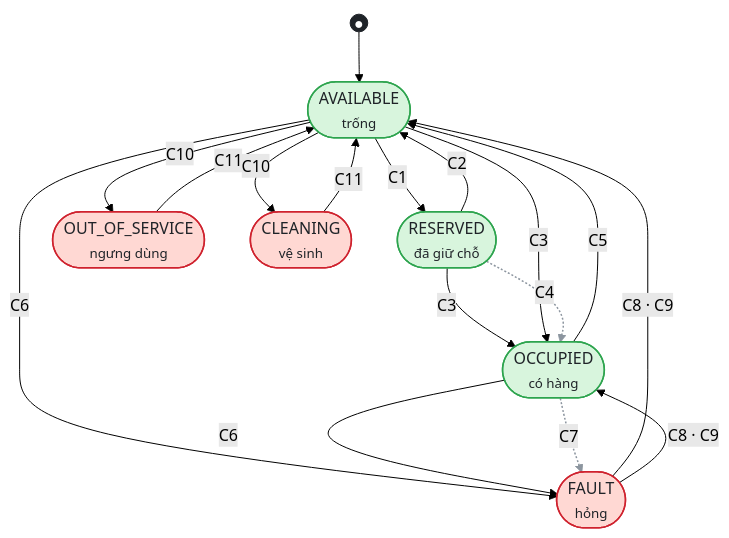
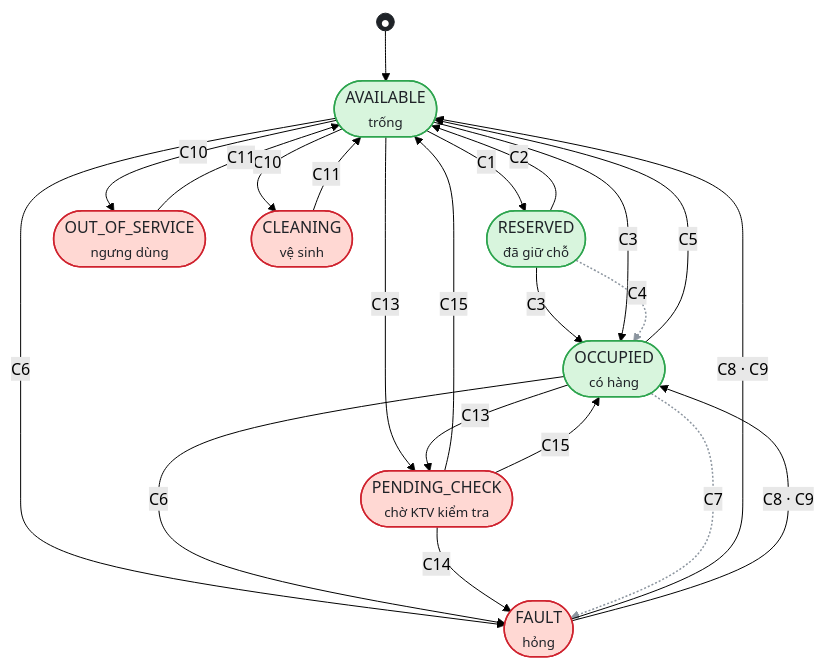
The diagram in diagrams/src/locker-cell-status.mmd (LockR-Tech/docs), drawn with Mermaid (forest theme) before and after one commit. The commit also changed 4 other files, not shown here.

First line of the commit message:
docs(diagrams): thêm trạng thái ô PENDING_CHECK và phiếu REJECTED

```diff
--- a/diagrams/src/locker-cell-status.mmd
+++ b/diagrams/src/locker-cell-status.mmd
@@ -1,46 +1,54 @@
 %% @title Trạng thái Ô tủ — locker_boxes.status
-%% @subtitle Nguồn: <code>locker-service/…/model/LockerBox.java</code> · <code>LockerService.java</code> · <code>iot-service/…/IotService.java</code> — Luồng 2 &amp; 3 — rà soát 2026-09-13, cập nhật 2026-10-22 (báo hỏng ô chỉ KTV tủ · ADMIN · chủ đơn)
+%% @subtitle Nguồn: <code>locker-service/…/model/LockerBox.java</code> · <code>LockerService.java</code> · <code>iot-service/…/IotService.java</code> — Luồng 2 &amp; 3 — rà soát 2026-09-13, cập nhật 2026-10-24 (khách báo ⇒ PENDING_CHECK chờ KTV kiểm tra; KTV xác nhận ⇒ FAULT hoặc từ chối phiếu)
 %% @orientation portrait
 %% @legend <span class="sw ok"></span>Vòng đời thuê/gửi
 %% @legend <span class="sw bad"></span>Lỗi / bảo trì
 %% @legend <b>━</b> đã code &nbsp;<b style="color:#8c959f">┅</b> CHƯA code &nbsp;<b style="color:#cf222e">━</b> lỗ hổng
 %% @row C1 | AVAILABLE → RESERVED | <code>reserveBox</code> khi tạo đơn (nội bộ order→locker) | hệ thống | tủ MAINTENANCE/INACTIVE bị từ chối (<code>LOCKER_NOT_ACTIVE</code>); ô DRONE chỉ giữ được với channel=DRONE; <code>reservedUntil</code> = +24h; đồng bộ xuống tủ qua MQTT
 %% @row C2 | RESERVED → AVAILABLE | quét TTL mỗi giờ · huỷ đơn | hệ thống | quét TTL không báo tủ; <b>có thể nhả ô của đơn drone còn chờ điều phối &gt; 24h</b>
 %% @row C3 | AVAILABLE · RESERVED → OCCUPIED | <code>occupyBox</code> khi đơn được xác nhận bỏ hàng (app hoặc kiosk) | chủ đơn · người gửi tại tủ | lỗi bị nuốt (best-effort); drone gửi hàng <b>không</b> set OCCUPIED
 %% @row ~C4 | RESERVED → OCCUPIED · OCCUPIED → AVAILABLE | cảm biến cửa / kết quả mở tủ từ phần cứng | iot-service | CHƯA CÓ: trạng thái phần cứng được lưu nhưng không điều khiển vòng đời ô/đơn
 %% @row C5 | OCCUPIED → AVAILABLE | <code>releaseBox</code> khi đơn COMPLETED · EXPIRED · CANCELED | hệ thống | ô đang FAULT / OUT_OF_SERVICE / CLEANING thì giữ nguyên; ô FAULT thì quên trạng thái đơn đã nhớ (sửa xong về AVAILABLE)
-%% @row C6 | mọi → FAULT | <code>POST /api/boxes/{id}/fault</code> · <code>POST /api/orders/{id}/report-box-fault</code> | LOCKER_TECHNICIAN · ADMIN · chủ đơn (ô của đơn mình) | nhớ trạng thái trước khi hỏng (<code>pre_fault_status</code>); ô đã có phiếu mở ⇒ gộp vào phiếu đó; phiếu định tuyến cho KTV phụ trách tủ. Từ 22/10 khách không báo thẳng ô bất kỳ nữa (SEC-06)
+%% @row C6 | mọi → FAULT | <code>…/boxes/{id}/fault</code> · kiểm tra định kỳ · tủ báo kẹt | KTV tủ · ADMIN · hệ thống | nhớ <code>pre_fault_status</code>; gộp phiếu mở; đơn trong ô bị khoá mở bằng mã, phí dừng từ lúc báo
+%% @row C13 | → PENDING_CHECK | khách báo qua đơn / màn tủ | khách | không cấp đơn mới; chủ đồ vẫn mở bằng mã, phí dừng từ lúc báo; người khác báo thì đơn không bị đụng
+%% @row C14 | PENDING_CHECK → FAULT | KTV khoá ô khi xử lý · KTV/admin báo hỏng | KTV · ADMIN | đơn trong ô bị khoá mở bằng mã
+%% @row C15 | PENDING_CHECK → trước khi báo | KTV từ chối phiếu (<code>…/reject</code>, REJECTED) · sửa tại chỗ · quá <code>pending-check-hold-hours</code> | KTV · ADMIN · hệ thống | đơn lấy đồ được, bù thời gian chờ; tự gỡ thì phiếu vẫn mở
 %% @row ~C7 | mọi → FAULT | mở tủ FAILED/JAMMED · heartbeat mất | iot-service | CHƯA CÓ tự động báo hỏng — hiện chỉ ghi access log
-%% @row C8 | FAULT → trạng thái trước khi hỏng | hoàn tất phiếu (<code>resolve</code>, KTV hoặc admin) | KTV được giao · ADMIN | về AVAILABLE / RESERVED / OCCUPIED như lúc báo hỏng; còn phiếu mở khác của ô thì giữ FAULT
+%% @row C8 | FAULT · PENDING_CHECK → trạng thái trước khi hỏng | hoàn tất phiếu (<code>resolve</code>, KTV hoặc admin) | KTV được giao · ADMIN | về AVAILABLE / RESERVED / OCCUPIED như lúc báo hỏng; còn phiếu mở khác của ô thì giữ nguyên
 %% @row C9 | FAULT → trạng thái trước khi hỏng | <code>…/clear-fault</code> | LOCKER_TECHNICIAN · ADMIN | chỉ từ FAULT (409 <code>BOX_NOT_FAULT</code>); ô có phiếu mở ⇒ đi qua hoàn tất phiếu (chỉ người được giao, áp luật ảnh nghiệm thu)
 %% @row C10 | AVAILABLE → OUT_OF_SERVICE · CLEANING | <code>…/out-of-service</code> · <code>…/cleaning</code> | LOCKER_TECHNICIAN · ADMIN | cấm khi RESERVED/OCCUPIED và khi FAULT (409 <code>BOX_IN_FAULT</code>)
 %% @row C11 | OUT_OF_SERVICE · CLEANING → AVAILABLE | <code>…/return-to-service</code> | LOCKER_TECHNICIAN · ADMIN | không đồng bộ trạng thái xuống tủ
 %% @row xC12 | mọi → chuỗi bất kỳ | <code>updateBoxStatus</code> (admin) | ADMIN | web ghi giá trị <code>MAINTENANCE</code> không tồn tại ⇒ return-to-service từ chối
 %% @note Force-open (<code>POST /api/locker-technician/boxes/{id}/force-open</code>) mở cửa vật lý nhưng không đổi trạng thái ô. Tủ MAINTENANCE/INACTIVE: không nhận đặt ô, danh sách ô trống rỗng, <code>availableBoxes</code> = 0. Báo cáo sự cố chặn cả tủ (chỉ KTV tủ/ADMIN) đưa tủ vào MAINTENANCE; đóng phiếu chặn cuối cùng ⇒ tủ ACTIVE.
 %%{init: {"flowchart": {"nodeSpacing": 46, "rankSpacing": 50, "padding": 8, "curve": "basis"}}}%%
 flowchart TB
     S(("●")) --> AV(["AVAILABLE<br/><small>trống</small>"])
     AV -->|C1| RES(["RESERVED<br/><small>đã giữ chỗ</small>"])
     RES -->|C2| AV
     RES -->|C3| OCC(["OCCUPIED<br/><small>có hàng</small>"])
     AV -->|C3| OCC
     RES -.->|C4| OCC
     OCC -->|C5| AV
     AV -->|C6| FAULT(["FAULT<br/><small>hỏng</small>"])
     OCC -->|C6| FAULT
+    AV -->|C13| PEND(["PENDING_CHECK<br/><small>chờ KTV kiểm tra</small>"])
+    OCC -->|C13| PEND
+    PEND -->|C14| FAULT
+    PEND -->|C15| AV
+    PEND -->|C15| OCC
     OCC -.->|C7| FAULT
     FAULT -->|C8 · C9| AV
     FAULT -->|C8 · C9| OCC
     AV -->|C10| OOS(["OUT_OF_SERVICE<br/><small>ngưng dùng</small>"])
     AV -->|C10| CLEAN(["CLEANING<br/><small>vệ sinh</small>"])
     OOS -->|C11| AV
     CLEAN -->|C11| AV
 
     classDef ok fill:#d8f5dd,stroke:#2da44e,stroke-width:1.5px,color:#1f2328
     classDef bad fill:#ffd8d3,stroke:#cf222e,stroke-width:1.5px,color:#1f2328
     classDef term fill:#1f2328,stroke:#1f2328,color:#ffffff
     class AV,RES,OCC ok
-    class FAULT,OOS,CLEAN bad
+    class FAULT,OOS,CLEAN,PEND bad
     class S term
 
-    linkStyle 5,9 stroke:#8c959f,stroke-width:1.5px
+    linkStyle 5,14 stroke:#8c959f,stroke-width:1.5px
```
